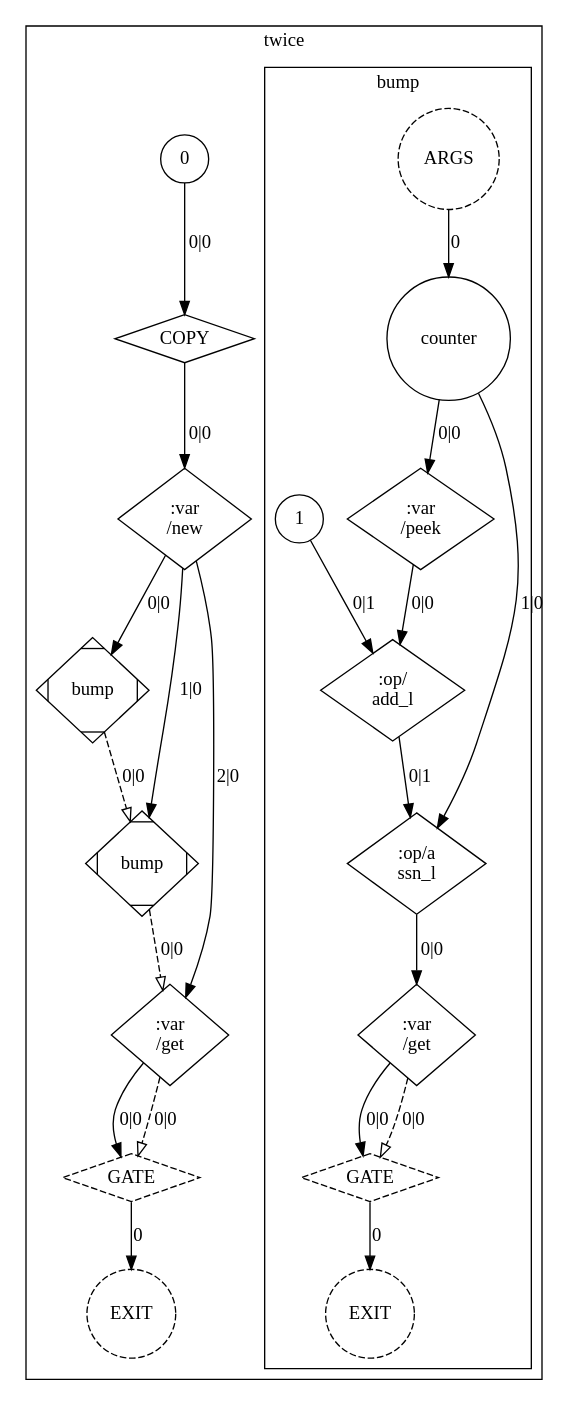
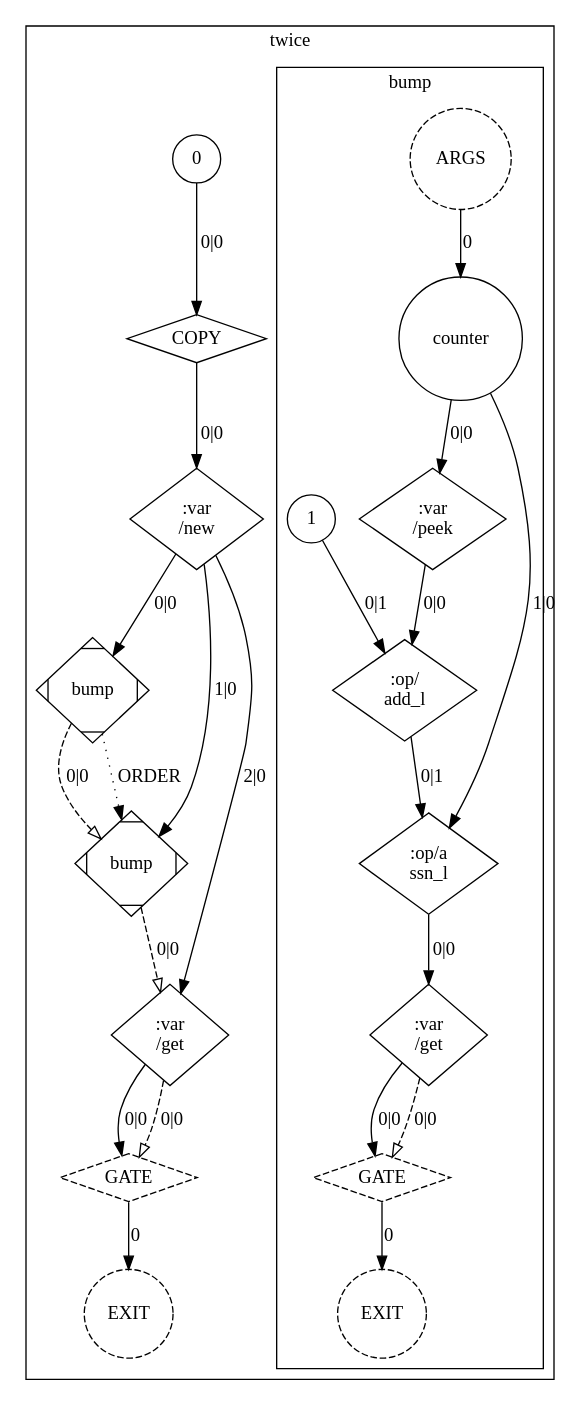
Before and after one commit to OpenCML/Camel: the diagram in docs/tutorial/images/10_var_order.dot, drawn with Graphviz. The commit also changed 5 other files, not shown here.

```diff
--- a/docs/tutorial/images/10_var_order.dot
+++ b/docs/tutorial/images/10_var_order.dot
@@ -1,47 +1,48 @@
 digraph GraphIR {
         subgraph cluster_F02 {
             label="twice";
             tooltip="() => int";
             subgraph cluster_F03 {
                 label="bump";
                 tooltip="(var counter: int) => int";
                 F03 [label="ARGS", type="ARGS", style=dashed, shape=circle];
                 O03 [label="EXIT", type="EXIT", style=dashed, shape=circle];
                 N00 [label="counter", type="PORT", param_name="counter", param_kind="normal", param_index="0", value_type="var int", shape=circle, style=solid, tooltip="counter"];
                 N01 [label="1", type="DATA", shape=circle, style=solid, value_type="int", tooltip="1"];
                 N02 [label=":var\n/peek", type="OPER", shape=diamond, style=solid, value_type="int", tooltip=":var/peek"];
                 N03 [label=":op/\nadd_l", type="OPER", shape=diamond, style=solid, value_type="int", tooltip=":op/add_l"];
                 N04 [label=":op/a\nssn_l", type="OPER", shape=diamond, style=solid, value_type="var int", tooltip=":op/assn_l"];
                 N05 [label=":var\n/get", type="OPER", shape=diamond, style=solid, value_type="int", tooltip=":var/get"];
                 N06 [label="GATE", type="GATE", shape=diamond, style=dashed, value_type="int", tooltip="GATE"];
                 F03 -> N00 [label="0", type="NORM_PORT", style=solid];
                 N06 -> O03 [label="0", type="EXIT", style=solid];
                 N00 -> N02 [label="0|0", type="NORM"];
                 N02 -> N03 [label="0|0", type="NORM"];
                 N01 -> N03 [label="0|1", type="NORM"];
                 N00 -> N04 [label="1|0", type="NORM"];
                 N03 -> N04 [label="0|1", type="NORM"];
                 N04 -> N05 [label="0|0", type="NORM"];
                 N05 -> N06 [label="0|0", type="NORM"];
                 N05 -> N06 [label="0|0", type="CTRL", style=dashed, arrowhead=empty];
             }
             O02 [label="EXIT", type="EXIT", style=dashed, shape=circle];
             N07 [label="0", type="DATA", shape=circle, style=solid, value_type="int", tooltip="0"];
             N08 [label="COPY", type="COPY", shape=diamond, style=solid, value_type="int", tooltip="COPY"];
             N09 [label=":var\n/new", type="OPER", shape=diamond, style=solid, value_type="var int", tooltip=":var/new"];
             N0A [label="bump", type="FUNC", shape=Mdiamond, style=solid, width=1.1, height=1.1, value_type="int", tooltip="bump"];
             N0B [label="bump", type="FUNC", shape=Mdiamond, style=solid, width=1.1, height=1.1, value_type="int", tooltip="bump"];
             N0C [label=":var\n/get", type="OPER", shape=diamond, style=solid, value_type="int", tooltip=":var/get"];
             N0D [label="GATE", type="GATE", shape=diamond, style=dashed, value_type="int", tooltip="GATE"];
             N0D -> O02 [label="0", type="EXIT", style=solid];
             N07 -> N08 [label="0|0", type="NORM"];
             N08 -> N09 [label="0|0", type="NORM"];
             N09 -> N0A [label="0|0", type="NORM"];
             N09 -> N0B [label="1|0", type="NORM"];
             N0A -> N0B [label="0|0", type="CTRL", style=dashed, arrowhead=empty];
+            N0A -> N0B [label="ORDER", type="ORDER", style=dotted];
             N09 -> N0C [label="2|0", type="NORM"];
             N0B -> N0C [label="0|0", type="CTRL", style=dashed, arrowhead=empty];
             N0C -> N0D [label="0|0", type="NORM"];
             N0C -> N0D [label="0|0", type="CTRL", style=dashed, arrowhead=empty];
         }
 }
```
